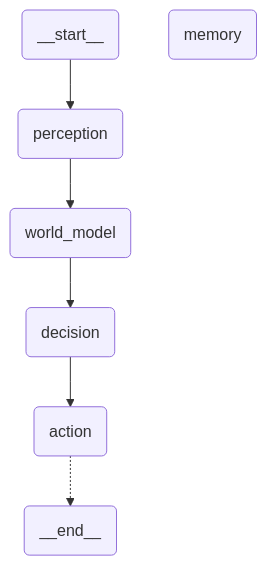
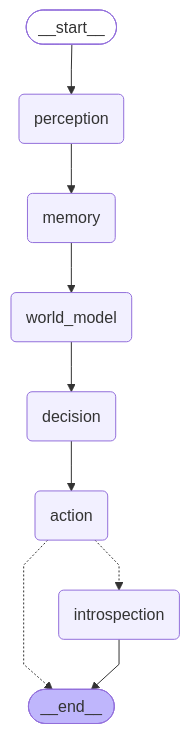
One commit to KotingGG/Game-Agnostic-Cognitive-Player changed the diagram in architecture_graph.mmd. Above: the diagram before and after it, drawn with Mermaid. The commit also changed 3 other files, not shown here.

Commit message:
feat: change the architecture of GACP graph. Loop in "while True" main.py. realized a stub architecture

```diff
--- a/architecture_graph.mmd
+++ b/architecture_graph.mmd
@@ -1,21 +1,25 @@
 ---
 config:
   flowchart:
     curve: linear
 ---
 graph TD;
-	__start__(<p>__start__</p>)
+	__start__([<p>__start__</p>]):::first
 	perception(perception)
+	memory(memory)
 	world_model(world_model)
 	decision(decision)
 	action(action)
-	memory(memory)
-	__end__(<p>__end__</p>)
+	introspection(introspection)
+	__end__([<p>__end__</p>]):::last
 	__start__ --> perception;
 	action -.-> __end__;
+	action -.-> introspection;
 	decision --> action;
-	perception --> world_model;
+	memory --> world_model;
+	perception --> memory;
 	world_model --> decision;
+	introspection --> __end__;
 	classDef default fill:#f2f0ff,line-height:1.2
 	classDef first fill-opacity:0
 	classDef last fill:#bfb6fc
```
